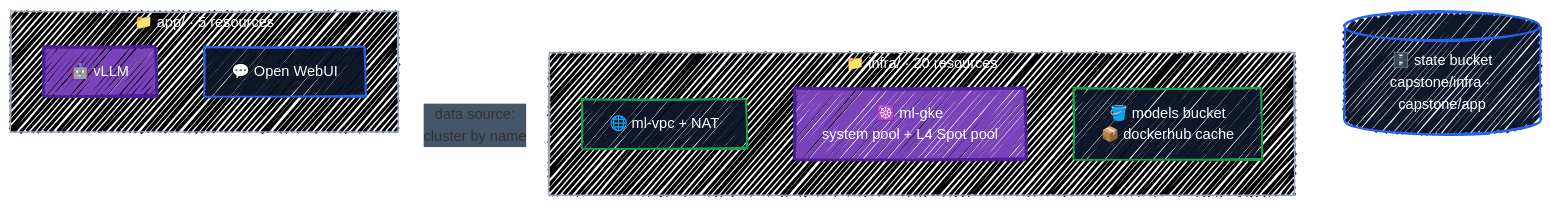
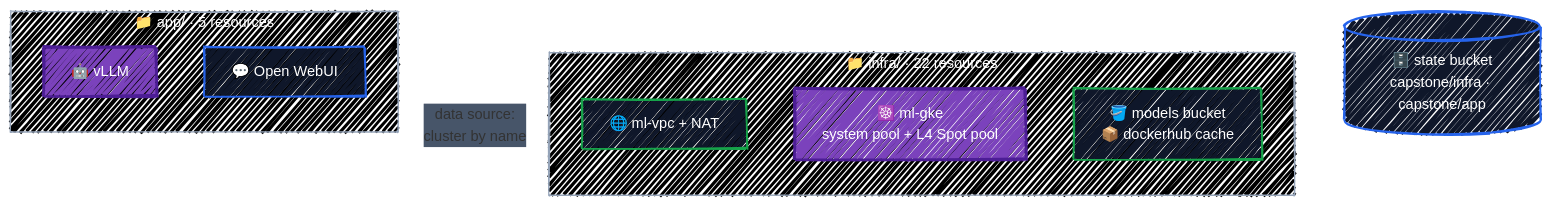
The diagram in docs/capstone/llm-platform.md (r97221004/terraform-tutorial), drawn with Mermaid before and after one commit. The commit also changed other lines of this file and 39 other files, not shown here.

````diff
--- a/docs/capstone/llm-platform.md
+++ b/docs/capstone/llm-platform.md
@@ -24,42 +24,42 @@
 ```mermaid
 ---
 config:
   look: handDrawn
   theme: default
   themeVariables:
     fontFamily: '"Comic Sans MS", "Comic Sans", "Segoe Print", "Bradley Hand", cursive'
     lineColor: '#FFFFFF'
     edgeLabelBackground: '#475569'
   themeCSS: |
     .edgeLabel, .edgeLabel p, .edgeLabel span { color: #FFFFFF !important; }
 ---
 flowchart LR
-    subgraph infra["📁 infra/ · 20 resources"]
+    subgraph infra["📁 infra/ · 22 resources"]
         direction TB
         net["🌐 ml-vpc + NAT"]
         gke["☸️ ml-gke<br/>system pool + L4 Spot pool"]
         st["🪣 models bucket<br/>📦 dockerhub cache"]
     end
 
     subgraph app["📁 app/ · 5 resources"]
         direction TB
         vllm["🤖 vLLM"]
         ui["💬 Open WebUI"]
     end
 
     state[("🗄️ state bucket<br/>capstone/infra · capstone/app")]
 
     app ==>|"data source:<br/>cluster by name"| gke
     infra -.-> state
     app -.-> state
 
     classDef ctrl fill:#0F172A,stroke:#2563EB,stroke-width:2px,color:#FFFFFF
     classDef eng fill:#7B42BC,stroke:#4C1D95,stroke-width:3px,color:#FFFFFF
     classDef tgt fill:#0F172A,stroke:#16A34A,stroke-width:2px,color:#FFFFFF
     class net,st tgt
     class gke,vllm eng
     class ui ctrl
     class state ctrl
     style infra fill:#000000,stroke:#94A3B8,color:#FFFFFF,fillStyle:solid
     style app fill:#000000,stroke:#94A3B8,color:#FFFFFF,fillStyle:solid
 ```
````
